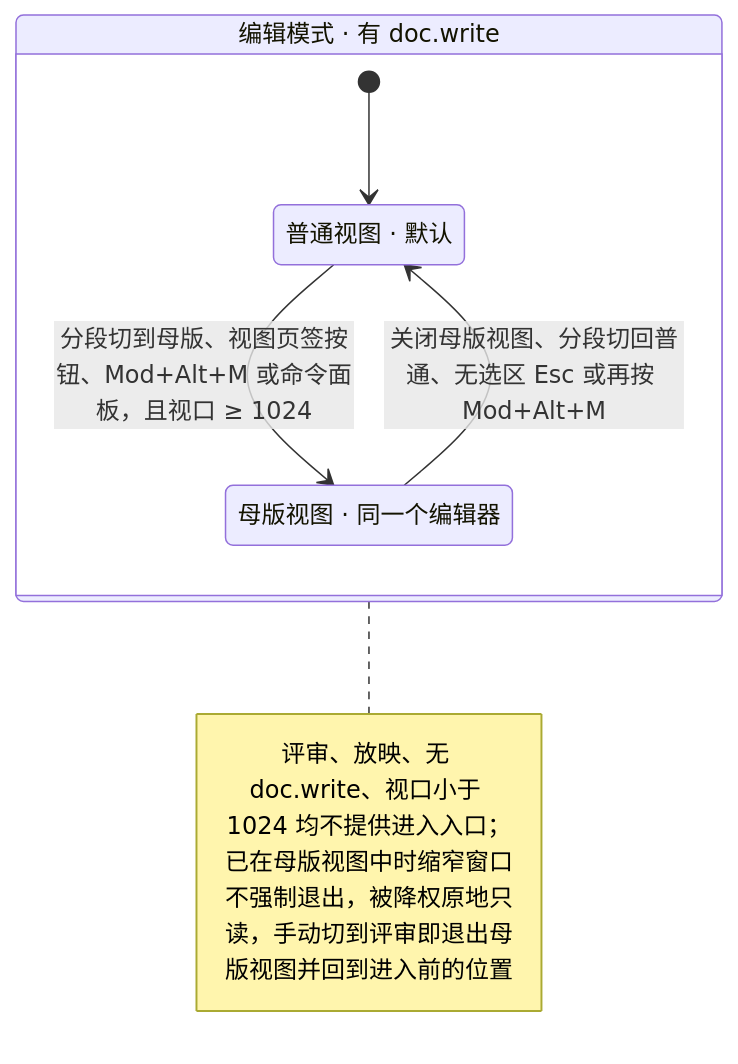
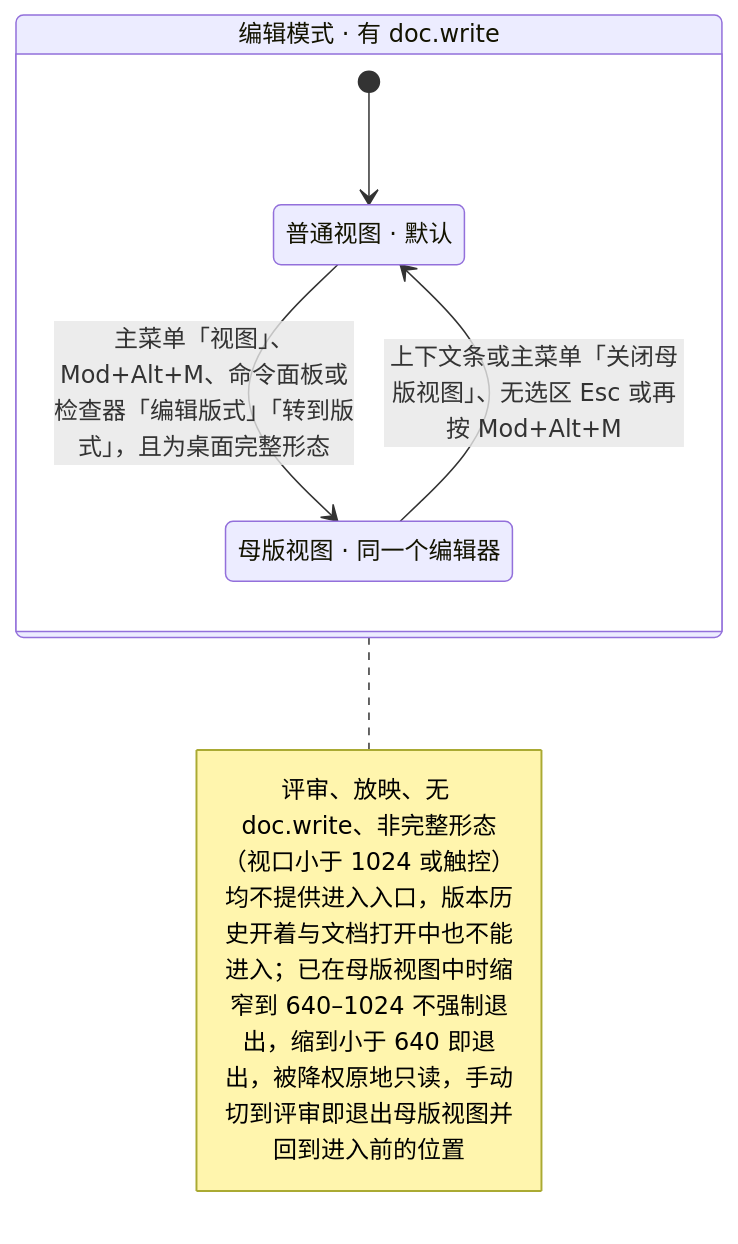
Before and after one commit to Xeonice/cordis-ppt-editor: the fourth of 7 diagrams in docs/20-design/01-information-architecture.md, drawn with Mermaid. The commit also changed other lines of this file and 44 other files, not shown here.

````diff
--- a/docs/20-design/01-information-architecture.md
+++ b/docs/20-design/01-information-architecture.md
@@ -247,11 +278,11 @@
 ```mermaid
 stateDiagram-v2
   state "编辑模式 · 有 doc.write" as edit {
     state "普通视图 · 默认" as normal
     state "母版视图 · 同一个编辑器" as master
     [*] --> normal
-    normal --> master : 分段切到母版、视图页签按钮、Mod+Alt+M 或命令面板，且视口 ≥ 1024
-    master --> normal : 关闭母版视图、分段切回普通、无选区 Esc 或再按 Mod+Alt+M
+    normal --> master : 主菜单「视图」、Mod+Alt+M、命令面板或检查器「编辑版式」「转到版式」，且为桌面完整形态
+    master --> normal : 上下文条或主菜单「关闭母版视图」、无选区 Esc 或再按 Mod+Alt+M
   }
-  note right of edit : 评审、放映、无 doc.write、视口小于 1024 均不提供进入入口；已在母版视图中时缩窄窗口不强制退出，被降权原地只读，手动切到评审即退出母版视图并回到进入前的位置
+  note right of edit : 评审、放映、无 doc.write、非完整形态（视口小于 1024 或触控）均不提供进入入口，版本历史开着与文档打开中也不能进入；已在母版视图中时缩窄到 640–1024 不强制退出，缩到小于 640 即退出，被降权原地只读，手动切到评审即退出母版视图并回到进入前的位置
 ```
````
